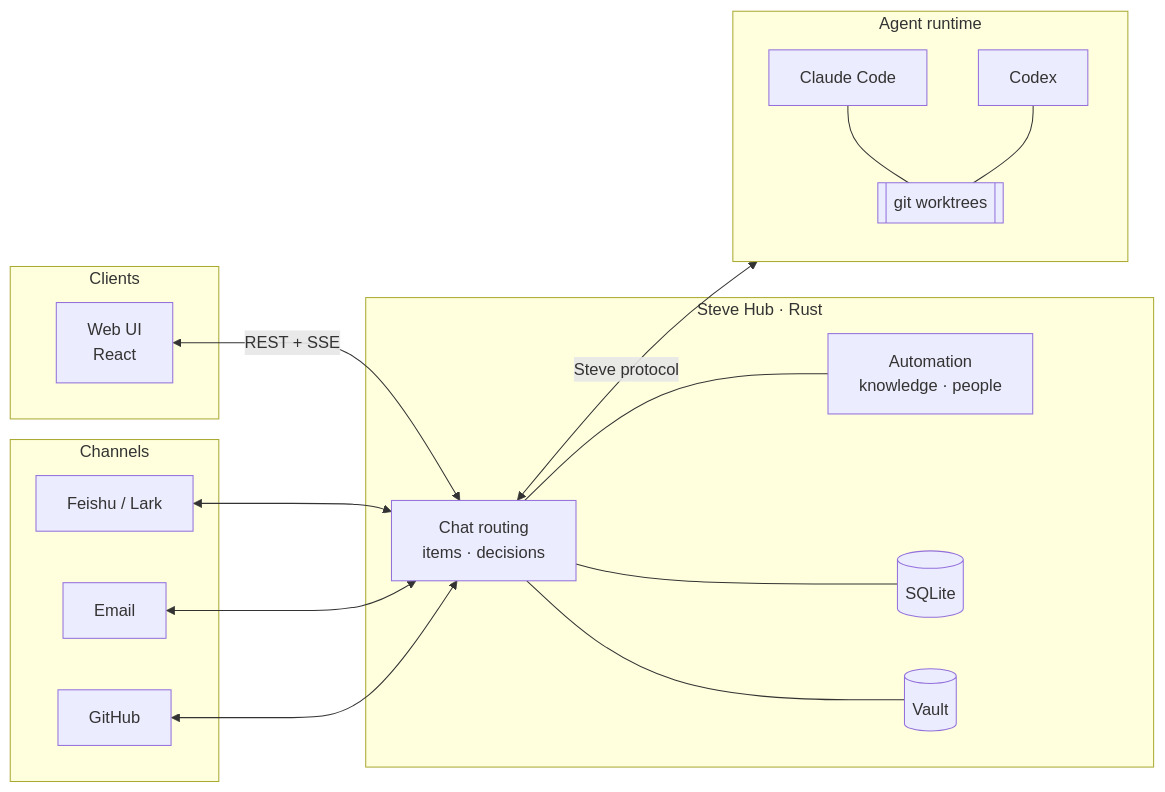
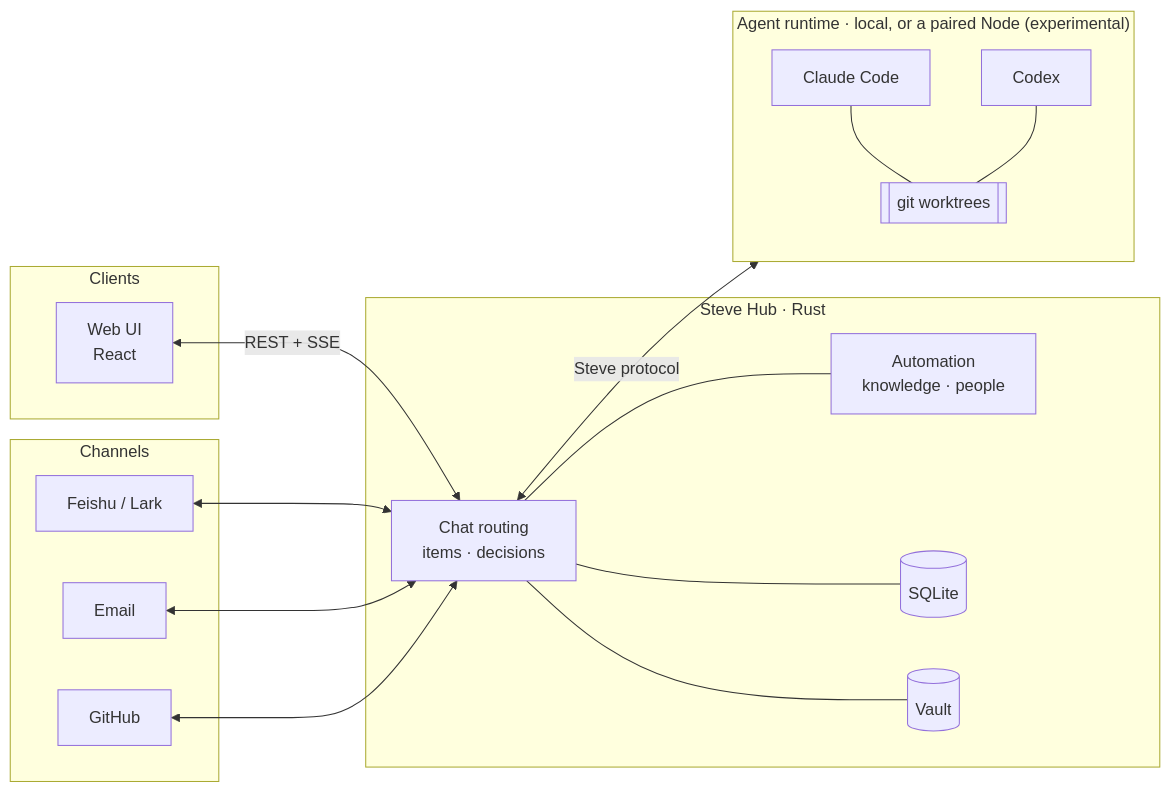
Before and after one commit to Infranite/steve: the diagram in README.md, drawn with Mermaid. The commit also changed other lines of this file and 2 other files, not shown here.

````diff
--- a/README.md
+++ b/README.md
@@ -138,29 +177,29 @@
 ```mermaid
 flowchart LR
     subgraph Clients
         W[Web UI<br/>React]
     end
     subgraph Channels
         F[Feishu / Lark]
         M[Email]
         G[GitHub]
     end
     subgraph Hub["Steve Hub · Rust"]
         C[Chat routing<br/>items · decisions]
         A[Automation<br/>knowledge · people]
         S[(SQLite)]
         V[(Vault)]
     end
-    subgraph Node["Agent runtime"]
+    subgraph Node["Agent runtime · local, or a paired Node (experimental)"]
         CC[Claude Code]
         CX[Codex]
         WT[[git worktrees]]
     end
     W <-->|REST + SSE| C
     F & M & G <--> C
     C --- A
     C --- S
     C --- V
     C <-->|Steve protocol| Node
     CC & CX --- WT
 ```
````
